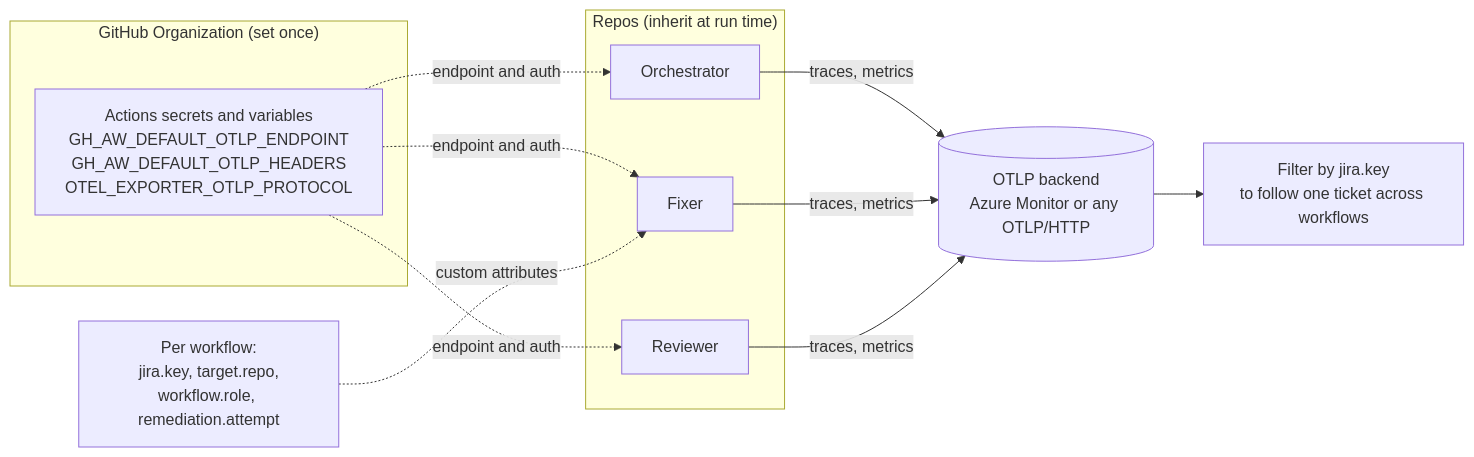
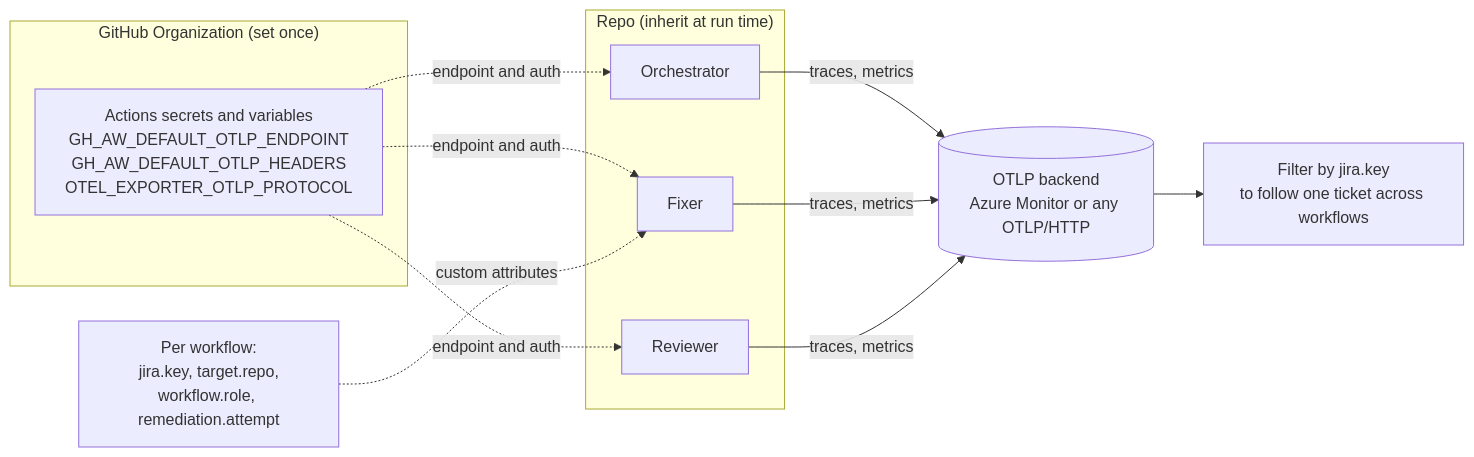
One commit to santhoshreddy789/Structure changed the diagram in Read.md. Above: the diagram before and after it, drawn with Mermaid.

````diff
--- a/Read.md
+++ b/Read.md
@@ -386,27 +386,27 @@
 ```mermaid
 flowchart LR
     subgraph ORG["GitHub Organization (set once)"]
         S["Actions secrets and variables<br/>GH_AW_DEFAULT_OTLP_ENDPOINT<br/>GH_AW_DEFAULT_OTLP_HEADERS<br/>OTEL_EXPORTER_OTLP_PROTOCOL"]
     end
 
-    subgraph REPOS["Repos (inherit at run time)"]
+    subgraph REPO["Repo (inherit at run time)"]
         O["Orchestrator"]
         F["Fixer"]
         R["Reviewer"]
     end
 
     A["Per workflow:<br/>jira.key, target.repo,<br/>workflow.role, remediation.attempt"]
 
     B[("OTLP backend<br/>Azure Monitor or any OTLP/HTTP")]
 
     S -. "endpoint and auth" .-> O
     S -. "endpoint and auth" .-> F
     S -. "endpoint and auth" .-> R
     A -. "custom attributes" .-> F
 
     O -- "traces, metrics" --> B
     F -- "traces, metrics" --> B
     R -- "traces, metrics" --> B
 
     B --> Q["Filter by jira.key<br/>to follow one ticket across workflows"]
 ```
````
